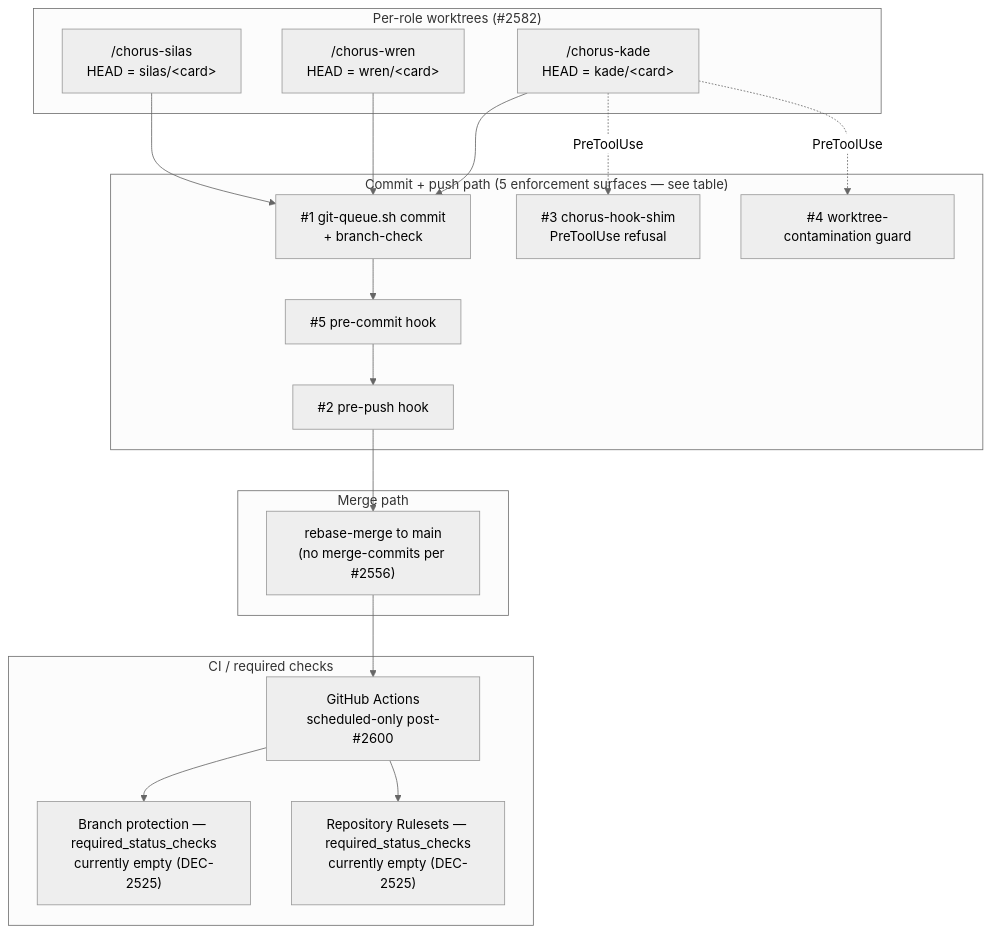
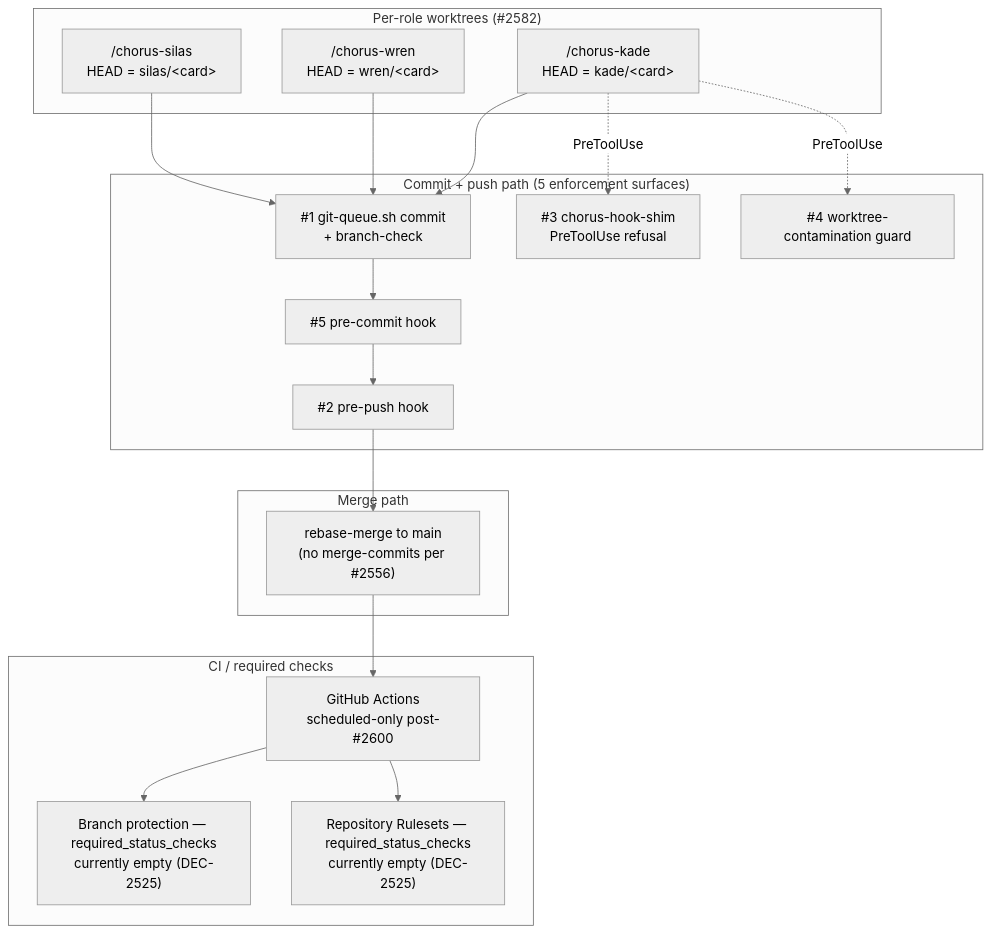
The first of 2 diagrams in designing/docs/commits-service-design.md (gathering-chorus/chorus), drawn with Mermaid (neutral theme) before and after one commit. The commit also changed other lines of this file and 1 other file, not shown here.

````diff
--- a/designing/docs/commits-service-design.md
+++ b/designing/docs/commits-service-design.md
@@ -55,39 +150,39 @@
 ```mermaid
 flowchart TB
   subgraph WT["Per-role worktrees (#2582)"]
     K["/chorus-kade<br/>HEAD = kade/&lt;card&gt;"]
     W["/chorus-wren<br/>HEAD = wren/&lt;card&gt;"]
     S["/chorus-silas<br/>HEAD = silas/&lt;card&gt;"]
   end
 
-  subgraph CMT["Commit + push path (5 enforcement surfaces — see table)"]
+  subgraph CMT["Commit + push path (5 enforcement surfaces)"]
     Q["#1 git-queue.sh commit<br/>+ branch-check"]
     PC["#5 pre-commit hook"]
     PP["#2 pre-push hook"]
     SHIM["#3 chorus-hook-shim<br/>PreToolUse refusal"]
     WTG["#4 worktree-contamination guard"]
   end
 
   subgraph PSH["Merge path"]
     R["rebase-merge to main<br/>(no merge-commits per #2556)"]
   end
 
   subgraph CI["CI / required checks"]
     GH["GitHub Actions<br/>scheduled-only post-#2600"]
     BP["Branch protection — required_status_checks<br/>currently empty (DEC-2525)"]
     RR["Repository Rulesets — required_status_checks<br/>currently empty (DEC-2525)"]
   end
 
   K --> Q
   W --> Q
   S --> Q
   Q --> PC
   PC --> PP
   PP --> R
   R --> GH
   GH --> BP
   GH --> RR
 
   K -.PreToolUse.-> SHIM
   K -.PreToolUse.-> WTG
 ```
````
